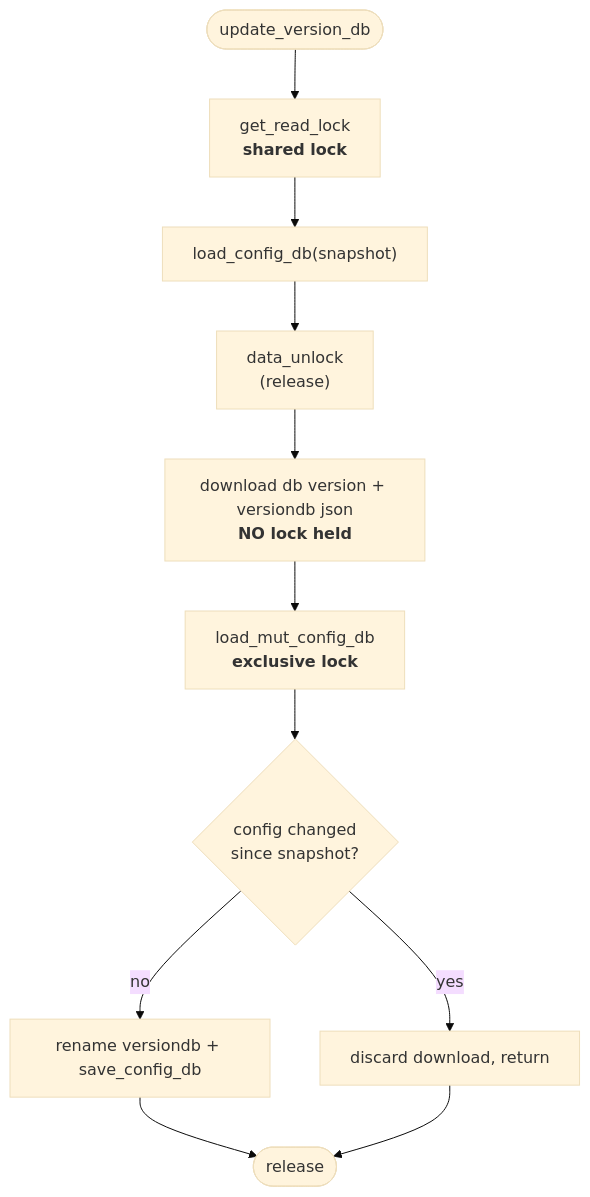
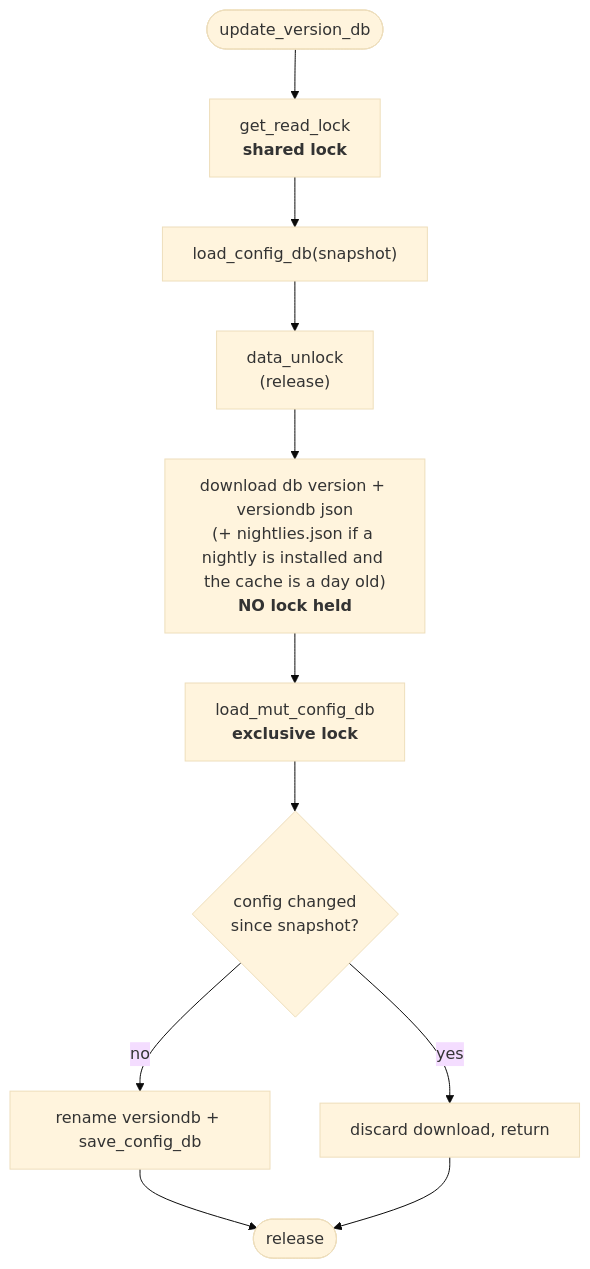
One commit to JuliaLang/juliaup changed the third of 7 diagrams in devdocs/locking_and_update_flows.md. Above: the diagram before and after it, drawn with Mermaid (base theme). The commit also changed 21 other files, not shown here.

First line of the commit message:
Discover nightly builds and variants through nightlies.json

````diff
--- a/devdocs/locking_and_update_flows.md
+++ b/devdocs/locking_and_update_flows.md
@@ -123,13 +123,13 @@
 ```mermaid
 flowchart TD
     s(["update_version_db"]) --> rl["get_read_lock<br/><b>shared lock</b>"]
     rl --> snap["load_config_db(snapshot)"]
     snap --> ul["data_unlock<br/>(release)"]
-    ul --> net["download db version + versiondb json<br/><b>NO lock held</b>"]
+    ul --> net["download db version + versiondb json<br/>(+ nightlies.json if a nightly is installed and the cache is a day old)<br/><b>NO lock held</b>"]
     net --> wl["load_mut_config_db<br/><b>exclusive lock</b>"]
     wl --> check{"config changed<br/>since snapshot?"}
     check -->|yes| abort["discard download, return"]
     check -->|no| commit["rename versiondb + save_config_db"]
     commit --> done(["release"])
     abort --> done
 ```
````
